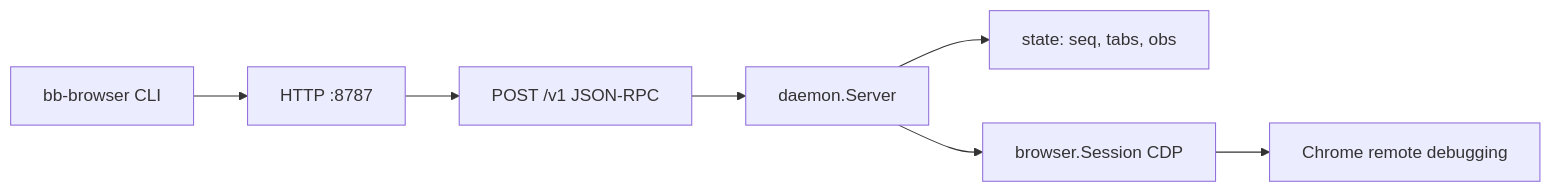
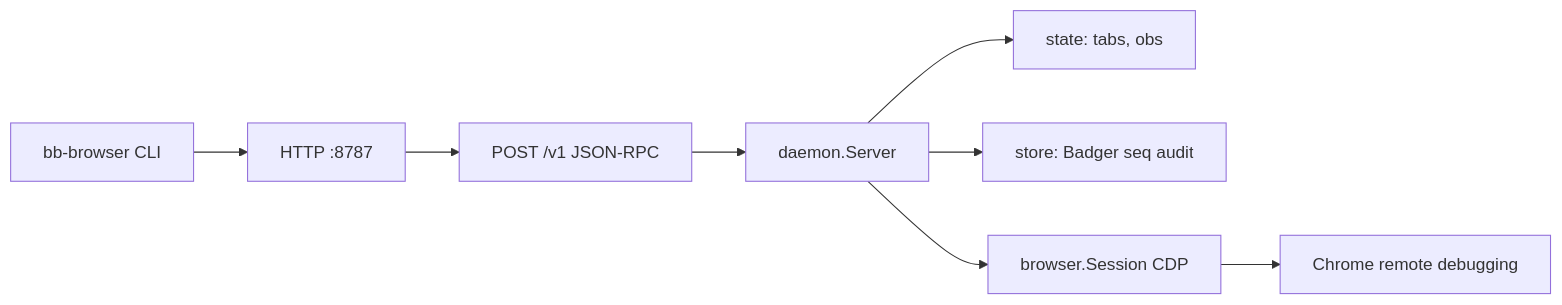
The diagram in README.md (yiplee/go-bb-browser), drawn with Mermaid before and after one commit. The commit also changed other lines of this file and 27 other files, not shown here.

First line of the commit message:
Add Badger persistence for global seq, RPC audit, and managed tabs.

````diff
--- a/README.md
+++ b/README.md
@@ -49,17 +50,19 @@
 ```mermaid
 flowchart LR
   CLI[bb-browser CLI]
   HTTP[HTTP :8787]
   RPC[POST /v1 JSON-RPC]
   SRV[daemon.Server]
-  ST[state: seq, tabs, obs]
+  ST[state: tabs, obs]
+  BG[store: Badger seq audit]
   BR[browser.Session CDP]
   CH[Chrome remote debugging]
 
   CLI --> HTTP
   HTTP --> RPC
   RPC --> SRV
   SRV --> ST
+  SRV --> BG
   SRV --> BR
   BR --> CH
 ```
````
